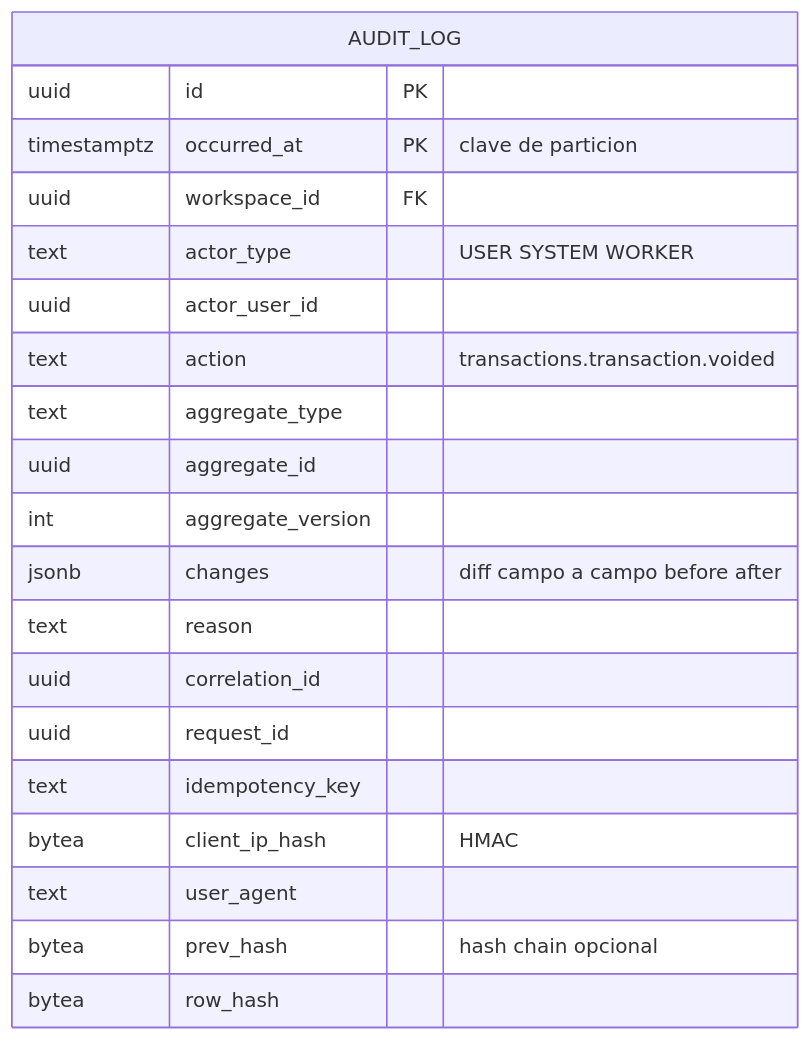
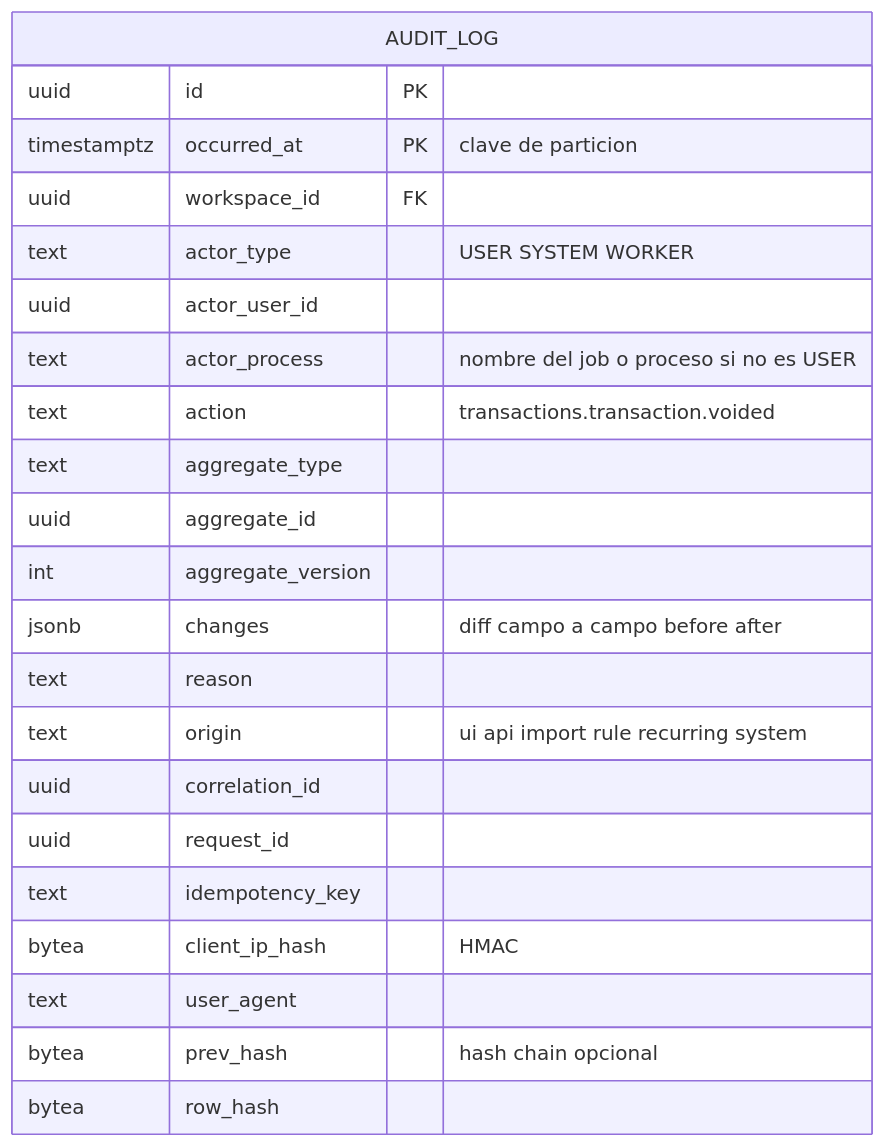
Before and after one commit to manuXD270516/personal-finances: diagram 18 of 21 in docs/08-data-model.md, drawn with Mermaid. The commit also changed other lines of this file and 393 other files, not shown here.

````diff
--- a/docs/08-data-model.md
+++ b/docs/08-data-model.md
@@ -1344,23 +1374,25 @@
 ```mermaid
 erDiagram
   AUDIT_LOG {
     uuid id PK
     timestamptz occurred_at PK "clave de particion"
     uuid workspace_id FK
     text actor_type "USER SYSTEM WORKER"
     uuid actor_user_id
+    text actor_process "nombre del job o proceso si no es USER"
     text action "transactions.transaction.voided"
     text aggregate_type
     uuid aggregate_id
     int aggregate_version
     jsonb changes "diff campo a campo before after"
     text reason
+    text origin "ui api import rule recurring system"
     uuid correlation_id
     uuid request_id
     text idempotency_key
     bytea client_ip_hash "HMAC"
     text user_agent
     bytea prev_hash "hash chain opcional"
     bytea row_hash
   }
 ```
````
